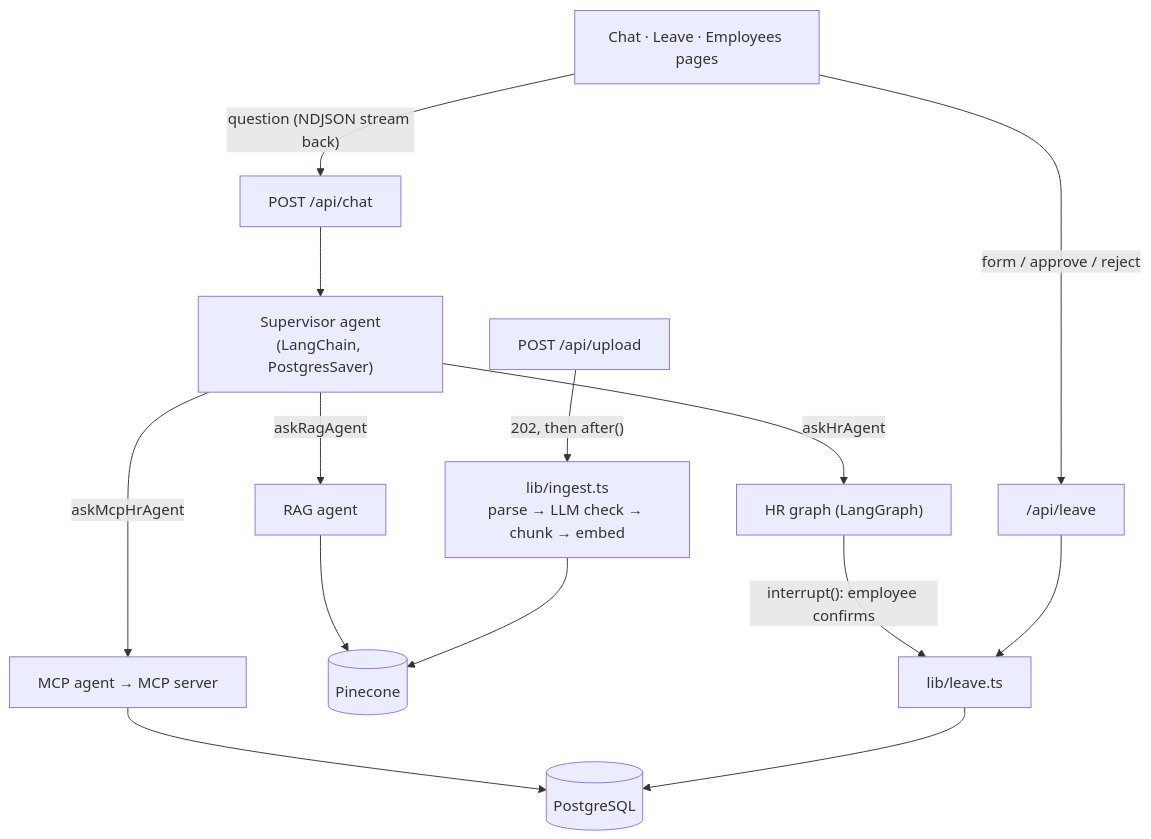
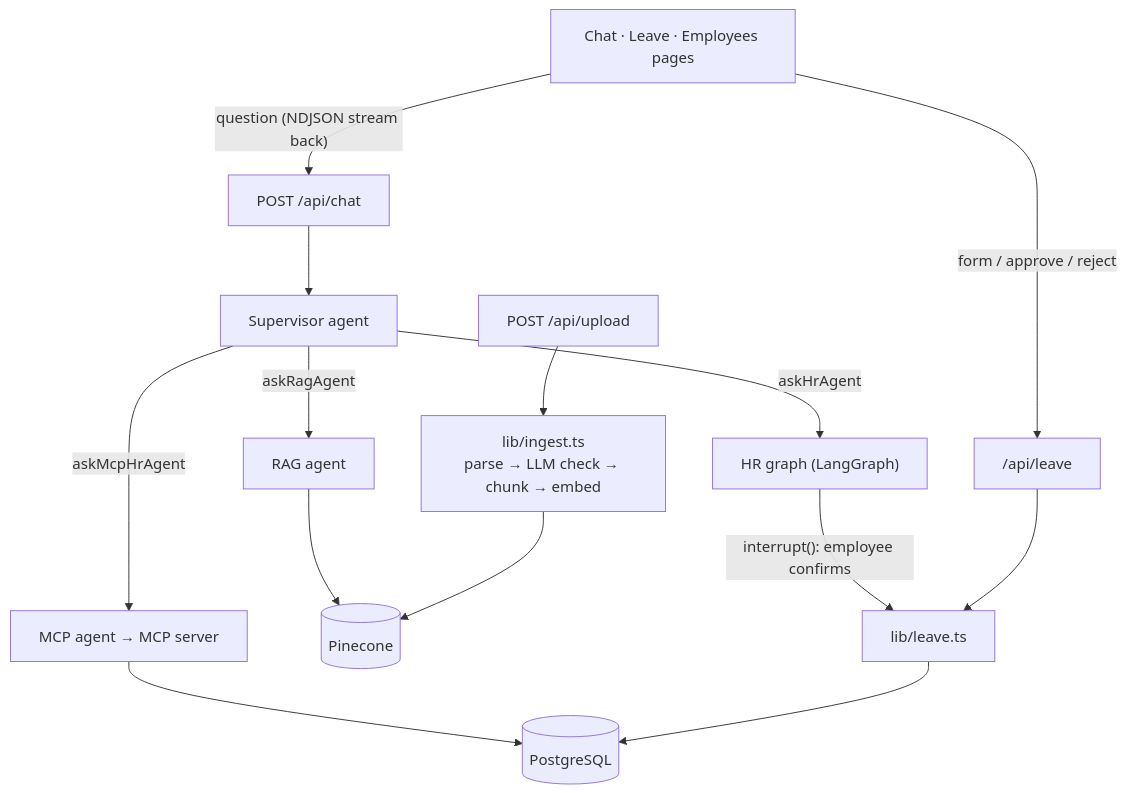
Before and after one commit to Divya0499/peopledesk-ai: the diagram in README.md, drawn with Mermaid. The commit also changed other lines of this file, not shown here.

````diff
--- a/README.md
+++ b/README.md
@@ -56,16 +48,16 @@
 ```mermaid
 flowchart TD
     UI["Chat · Leave · Employees pages"] -->|"question (NDJSON stream back)"| Chat["POST /api/chat"]
     UI -->|"form / approve / reject"| LeaveAPI["/api/leave"]
-    Chat --> Sup["Supervisor agent<br/>(LangChain, PostgresSaver)"]
+    Chat --> Sup["Supervisor agent"]
     Sup -->|askRagAgent| RAG["RAG agent"]
     Sup -->|askHrAgent| HR["HR graph (LangGraph)"]
     Sup -->|askMcpHrAgent| MCP["MCP agent → MCP server"]
     RAG --> Pinecone[("Pinecone")]
     HR -->|"interrupt(): employee confirms"| Leave["lib/leave.ts"]
     LeaveAPI --> Leave
     MCP --> PG
     Leave --> PG[("PostgreSQL")]
-    Upload["POST /api/upload"] -->|"202, then after()"| Ingest["lib/ingest.ts<br/>parse → LLM check → chunk → embed"]
+    Upload["POST /api/upload"] --> Ingest["lib/ingest.ts<br/>parse → LLM check → chunk → embed"]
     Ingest --> Pinecone
 ```
````
